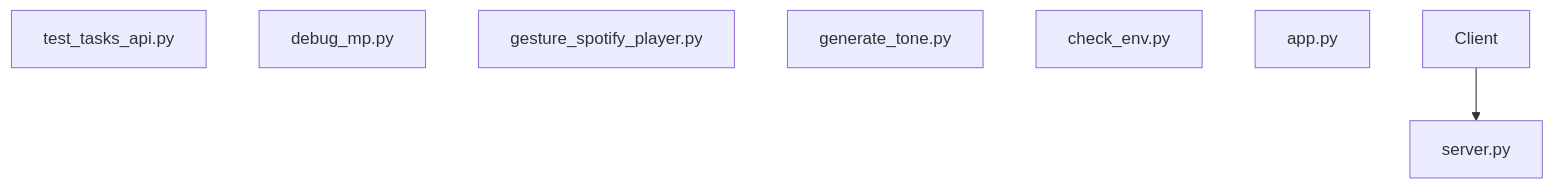
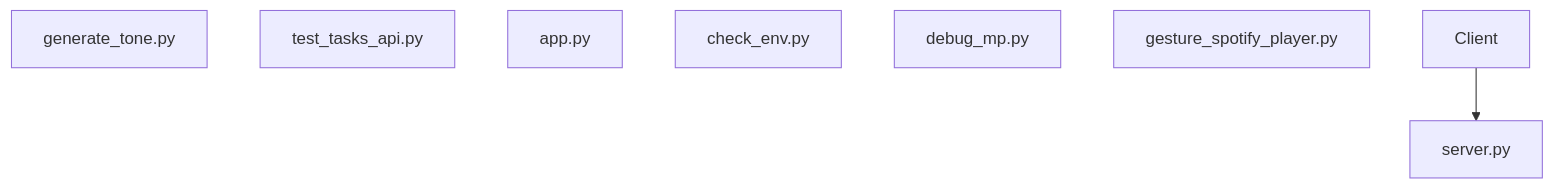
Before and after one commit to NITISH-R-G/PalmPlay: the diagram in diagrams/architecture.mermaid, drawn with Mermaid. The commit also changed other lines of this file and 3 other files, not shown here.

Commit message:
docs(auto): Update repository architecture and README [skip ci]

```diff
--- a/diagrams/architecture.mermaid
+++ b/diagrams/architecture.mermaid
@@ -1,9 +1,9 @@
 graph TD;
+    generate_tone["generate_tone.py"];
     test_tasks_api["test_tasks_api.py"];
+    app["app.py"];
     server["server.py"];
+    check_env["check_env.py"];
     debug_mp["debug_mp.py"];
     gesture_spotify_player["gesture_spotify_player.py"];
-    generate_tone["generate_tone.py"];
-    check_env["check_env.py"];
-    app["app.py"];
     Client --> server;
```
